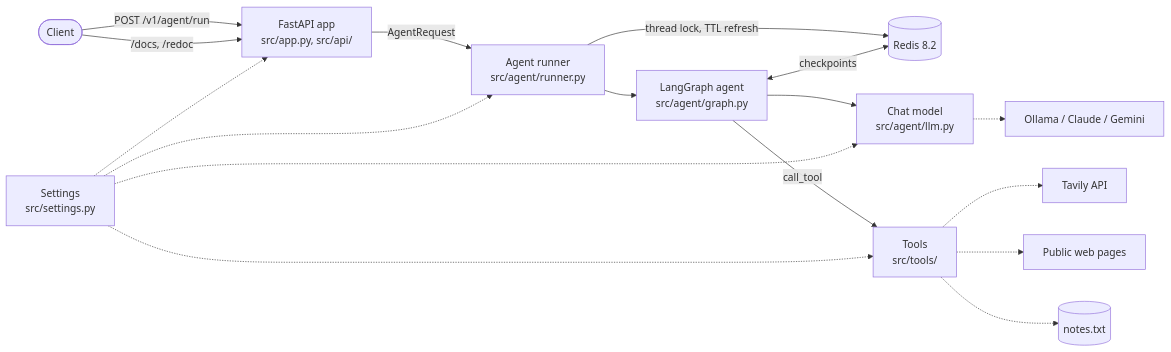
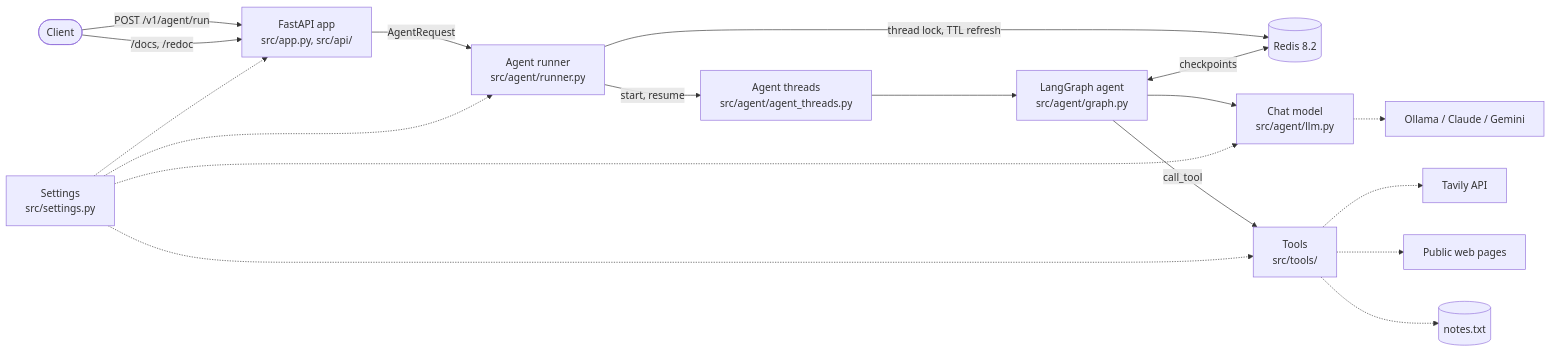
The first of 3 diagrams in docs/design/design.md (darrenpaine/harnessd), drawn with Mermaid before and after one commit. The commit also changed other lines of this file, not shown here.

Commit message:
Describe AgentThreads in the design doc

````diff
--- a/docs/design/design.md
+++ b/docs/design/design.md
@@ -46,16 +46,17 @@
 ```mermaid
 flowchart LR
     client([Client]) -->|POST /v1/agent/run| api[FastAPI app<br/>src/app.py, src/api/]
     client -->|/docs, /redoc| api
     api -->|AgentRequest| runner[Agent runner<br/>src/agent/runner.py]
     runner -->|thread lock, TTL refresh| redis[(Redis 8.2)]
-    runner --> graph_node[LangGraph agent<br/>src/agent/graph.py]
+    runner -->|start, resume| agent_threads[Agent threads<br/>src/agent/agent_threads.py]
+    agent_threads --> graph_node[LangGraph agent<br/>src/agent/graph.py]
     graph_node <-->|checkpoints| redis
     graph_node --> llm[Chat model<br/>src/agent/llm.py]
     llm -.-> providers[Ollama / Claude / Gemini]
     graph_node -->|call_tool| tools[Tools<br/>src/tools/]
     tools -.-> tavily[Tavily API]
     tools -.-> web[Public web pages]
     tools -.-> notes[(notes.txt)]
     settings[Settings<br/>src/settings.py] -.-> api & runner & llm & tools
 ```
````
